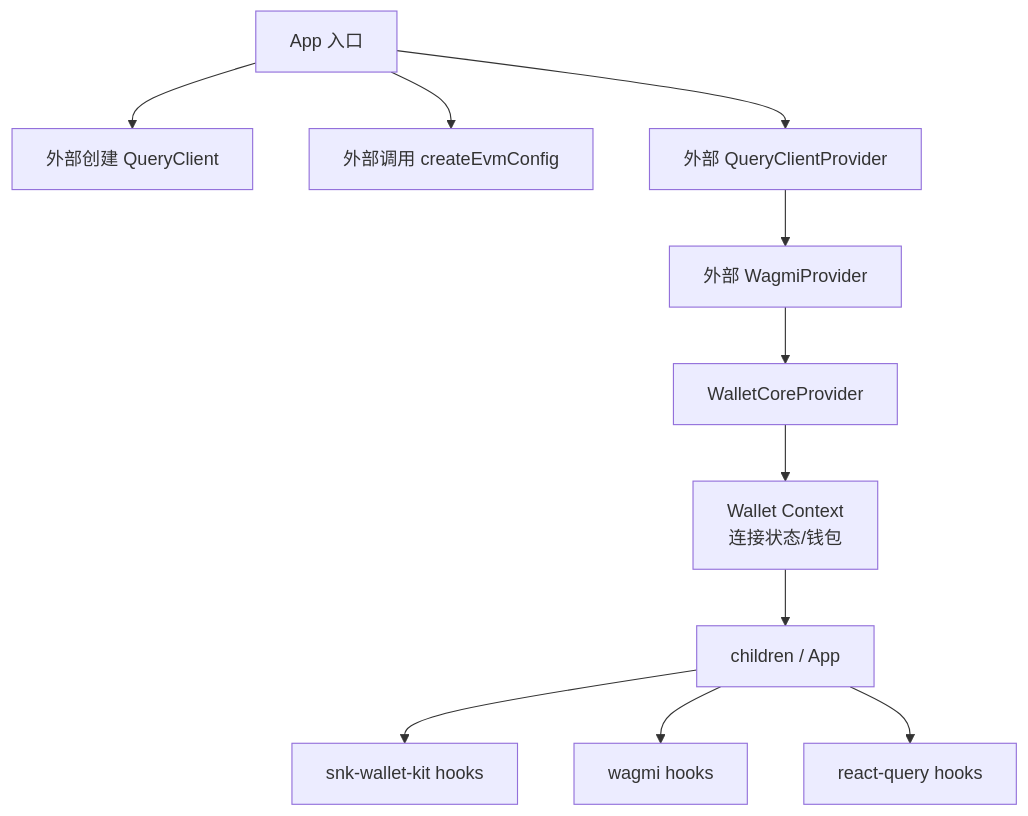
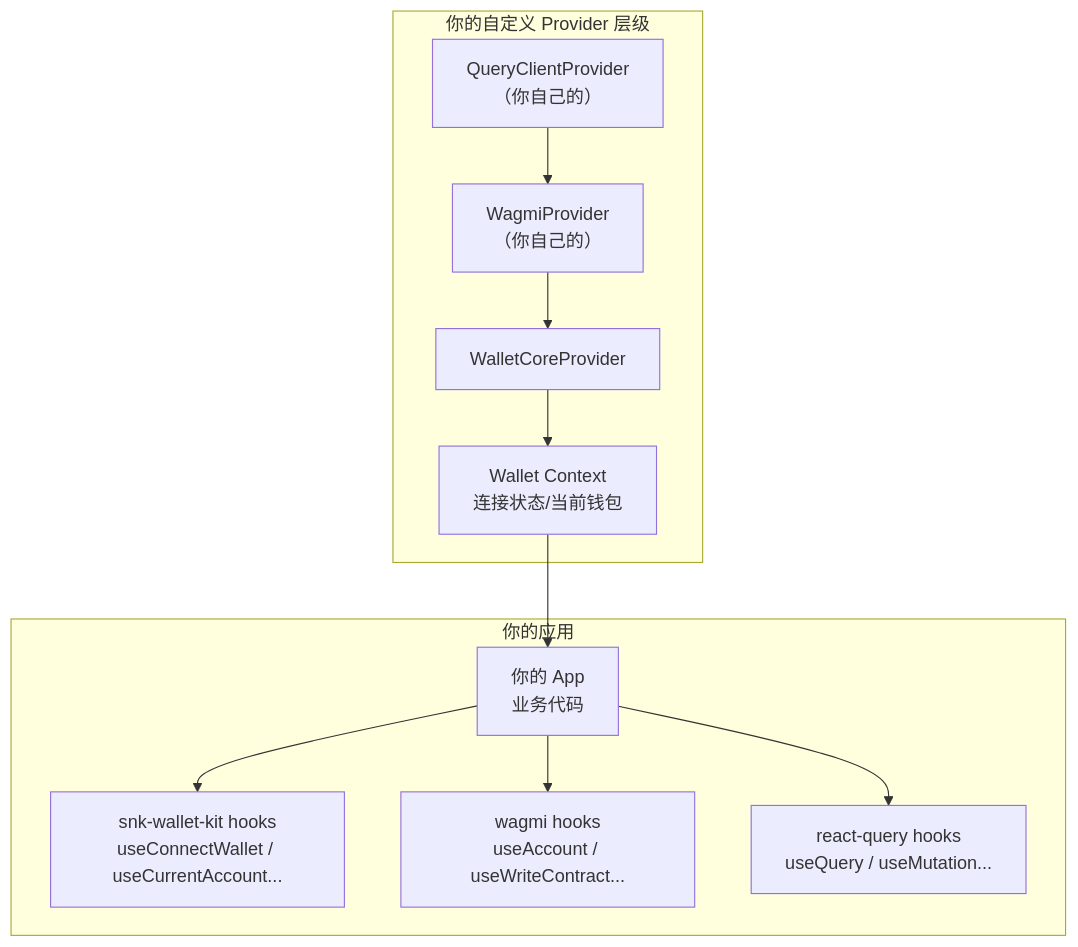
One commit to 0xSnickers/snk-wallet-kit changed the second of 2 diagrams in docs/fix-bug/5-15.md. Above: the diagram before and after it, drawn with Mermaid. The commit also changed other lines of this file, not shown here.

Commit message:
docs: 优化流程图，更清晰直观

````diff
--- a/docs/fix-bug/5-15.md
+++ b/docs/fix-bug/5-15.md
@@ -151,13 +170,24 @@
 ```mermaid
-graph TD
-    A[App 入口] --> B[外部创建 QueryClient]
-    A --> C[外部调用 createEvmConfig]
-    A --> D[外部 QueryClientProvider]
-    D --> E[外部 WagmiProvider]
-    E --> F[WalletCoreProvider]
-    F --> G[Wallet Context<br/>连接状态/钱包]
-    G --> H[children / App]
-    H --> I[snk-wallet-kit hooks]
-    H --> J[wagmi hooks]
-    H --> K[react-query hooks]
+graph TB
+    subgraph "你的应用"
+        App[你的 App<br/>业务代码]
+        Hooks1[snk-wallet-kit hooks<br/>useConnectWallet / useCurrentAccount...]
+        Hooks2[wagmi hooks<br/>useAccount / useWriteContract...]
+        Hooks3[react-query hooks<br/>useQuery / useMutation...]
+    end
+
+    subgraph "你的自定义 Provider 层级"
+        QCP[QueryClientProvider<br/>（你自己的）]
+        WP[WagmiProvider<br/>（你自己的）]
+        WCP[WalletCoreProvider]
+        WCtx[Wallet Context<br/>连接状态/当前钱包]
+    end
+
+    App --> Hooks1
+    App --> Hooks2
+    App --> Hooks3
+    QCP --> WP
+    WP --> WCP
+    WCP --> WCtx
+    WCtx --> App
 ```
````
